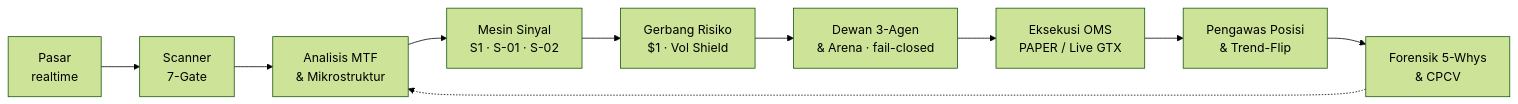
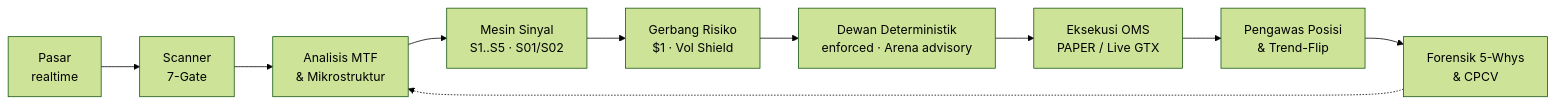
Before and after one commit to Sorosjenaka/Apex-Trade: the diagram in README.md, drawn with Mermaid (forest theme). The commit also changed other lines of this file and 10 other files, not shown here.

Commit message:
feat(honesty): matikan research_entry_5m, label validasi & dewan/arena jujur, perbarui docs (WP-4a..4d)

````diff
--- a/README.md
+++ b/README.md
@@ -122,12 +130,12 @@
 ```mermaid
 flowchart LR
     A[Pasar<br/>realtime] --> B[Scanner<br/>7-Gate]
     B --> C[Analisis MTF<br/>& Mikrostruktur]
-    C --> D[Mesin Sinyal<br/>S1 · S-01 · S-02]
+    C --> D[Mesin Sinyal<br/>S1..S5 · S01/S02]
     D --> E[Gerbang Risiko<br/>$1 · Vol Shield]
-    E --> F[Dewan 3-Agen<br/>& Arena · fail-closed]
+    E --> F[Dewan Deterministik<br/>enforced · Arena advisory]
     F --> G[Eksekusi OMS<br/>PAPER / Live GTX]
     G --> H[Pengawas Posisi<br/>& Trend-Flip]
     H --> I[Forensik 5-Whys<br/>& CPCV]
     I -.-> C
 ```
````
